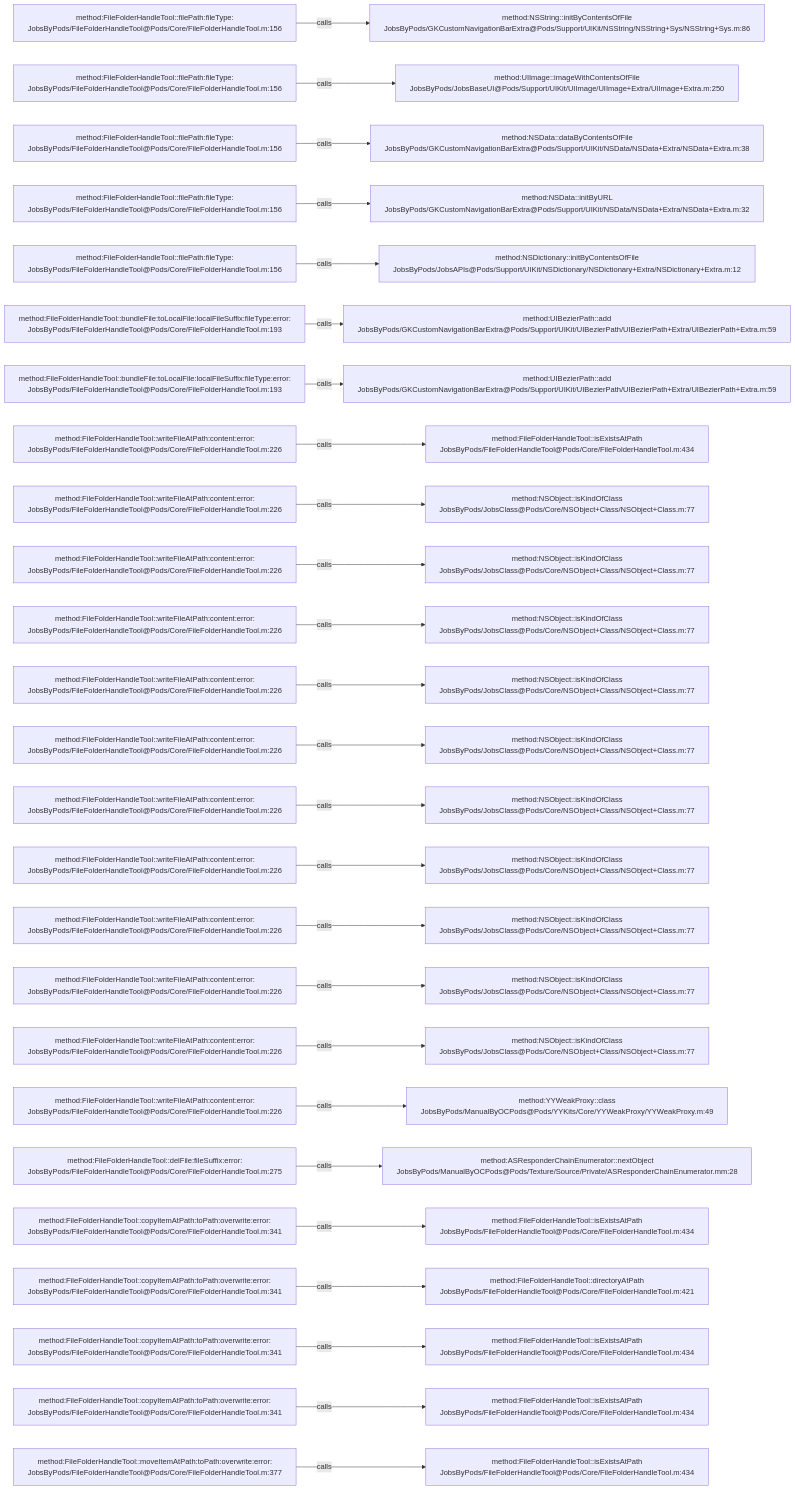
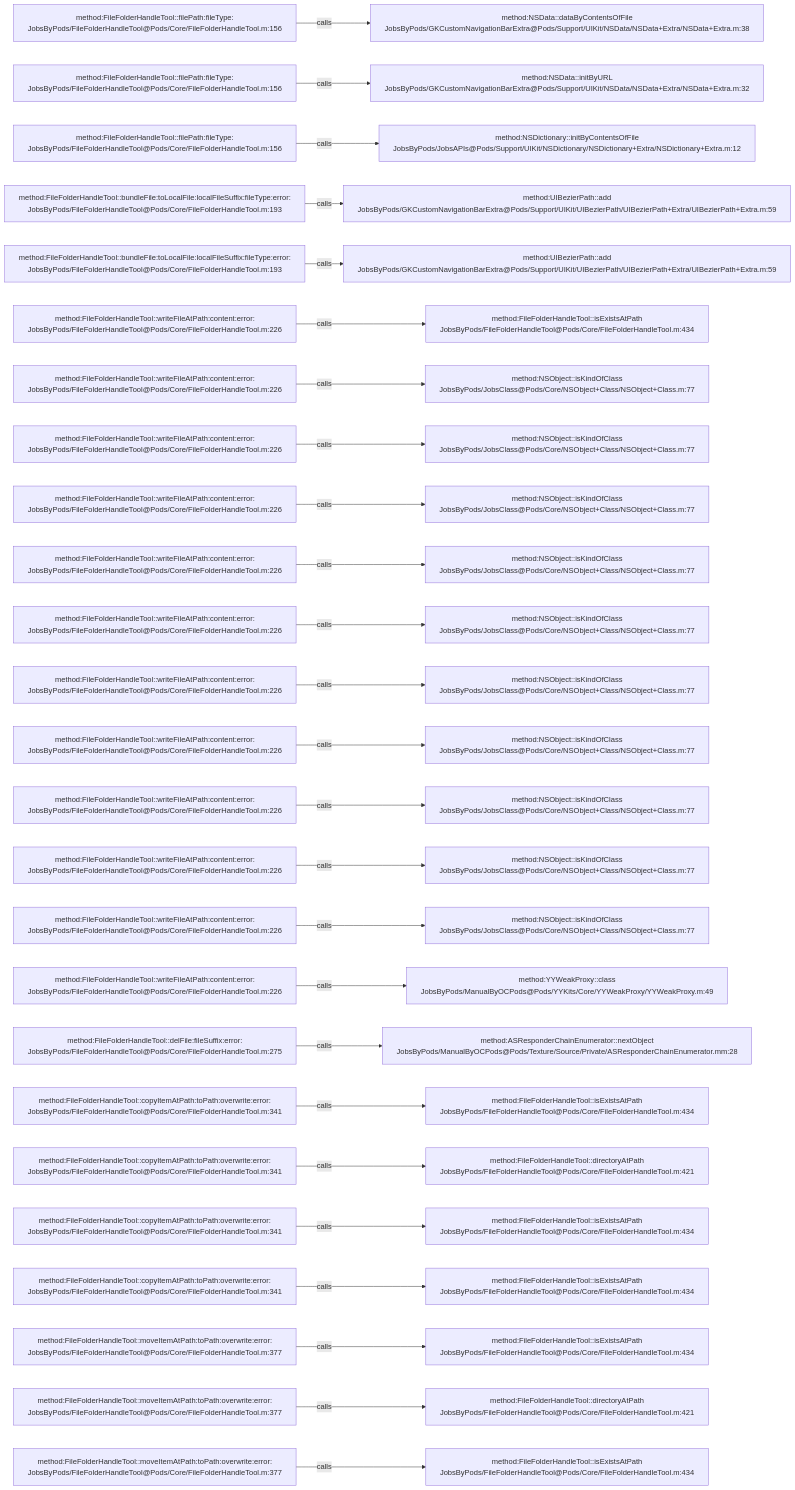
Before and after one commit to JobsKits/JobsOCBaseConfigDemo: the diagram in .codegraph/codegraph.md/graphs/calls-002.md, drawn with Mermaid. The commit also changed 1026 other files, not shown here.

````diff
--- a/.codegraph/codegraph.md/graphs/calls-002.md
+++ b/.codegraph/codegraph.md/graphs/calls-002.md
@@ -13,78 +13,78 @@
 ```mermaid
 flowchart LR
   S1["method:FileFolderHandleTool::filePath:fileType:<br/>JobsByPods/FileFolderHandleTool@Pods/Core/FileFolderHandleTool.m:156"]
-  T1["method:NSString::initByContentsOfFile<br/>JobsByPods/GKCustomNavigationBarExtra@Pods/Support/UIKit/NSString/NSString+Sys/NSString+Sys.m:86"]
+  T1["method:NSData::dataByContentsOfFile<br/>JobsByPods/GKCustomNavigationBarExtra@Pods/Support/UIKit/NSData/NSData+Extra/NSData+Extra.m:38"]
   S1 -->|calls| T1
   S2["method:FileFolderHandleTool::filePath:fileType:<br/>JobsByPods/FileFolderHandleTool@Pods/Core/FileFolderHandleTool.m:156"]
-  T2["method:UIImage::imageWithContentsOfFile<br/>JobsByPods/JobsBaseUI@Pods/Support/UIKit/UIImage/UIImage+Extra/UIImage+Extra.m:250"]
+  T2["method:NSData::initByURL<br/>JobsByPods/GKCustomNavigationBarExtra@Pods/Support/UIKit/NSData/NSData+Extra/NSData+Extra.m:32"]
   S2 -->|calls| T2
   S3["method:FileFolderHandleTool::filePath:fileType:<br/>JobsByPods/FileFolderHandleTool@Pods/Core/FileFolderHandleTool.m:156"]
-  T3["method:NSData::dataByContentsOfFile<br/>JobsByPods/GKCustomNavigationBarExtra@Pods/Support/UIKit/NSData/NSData+Extra/NSData+Extra.m:38"]
+  T3["method:NSDictionary::initByContentsOfFile<br/>JobsByPods/JobsAPIs@Pods/Support/UIKit/NSDictionary/NSDictionary+Extra/NSDictionary+Extra.m:12"]
   S3 -->|calls| T3
-  S4["method:FileFolderHandleTool::filePath:fileType:<br/>JobsByPods/FileFolderHandleTool@Pods/Core/FileFolderHandleTool.m:156"]
-  T4["method:NSData::initByURL<br/>JobsByPods/GKCustomNavigationBarExtra@Pods/Support/UIKit/NSData/NSData+Extra/NSData+Extra.m:32"]
+  S4["method:FileFolderHandleTool::bundleFile:toLocalFile:localFileSuffix:fileType:error:<br/>JobsByPods/FileFolderHandleTool@Pods/Core/FileFolderHandleTool.m:193"]
+  T4["method:UIBezierPath::add<br/>JobsByPods/GKCustomNavigationBarExtra@Pods/Support/UIKit/UIBezierPath/UIBezierPath+Extra/UIBezierPath+Extra.m:59"]
   S4 -->|calls| T4
-  S5["method:FileFolderHandleTool::filePath:fileType:<br/>JobsByPods/FileFolderHandleTool@Pods/Core/FileFolderHandleTool.m:156"]
-  T5["method:NSDictionary::initByContentsOfFile<br/>JobsByPods/JobsAPIs@Pods/Support/UIKit/NSDictionary/NSDictionary+Extra/NSDictionary+Extra.m:12"]
+  S5["method:FileFolderHandleTool::bundleFile:toLocalFile:localFileSuffix:fileType:error:<br/>JobsByPods/FileFolderHandleTool@Pods/Core/FileFolderHandleTool.m:193"]
+  T5["method:UIBezierPath::add<br/>JobsByPods/GKCustomNavigationBarExtra@Pods/Support/UIKit/UIBezierPath/UIBezierPath+Extra/UIBezierPath+Extra.m:59"]
   S5 -->|calls| T5
-  S6["method:FileFolderHandleTool::bundleFile:toLocalFile:localFileSuffix:fileType:error:<br/>JobsByPods/FileFolderHandleTool@Pods/Core/FileFolderHandleTool.m:193"]
-  T6["method:UIBezierPath::add<br/>JobsByPods/GKCustomNavigationBarExtra@Pods/Support/UIKit/UIBezierPath/UIBezierPath+Extra/UIBezierPath+Extra.m:59"]
+  S6["method:FileFolderHandleTool::writeFileAtPath:content:error:<br/>JobsByPods/FileFolderHandleTool@Pods/Core/FileFolderHandleTool.m:226"]
+  T6["method:FileFolderHandleTool::isExistsAtPath<br/>JobsByPods/FileFolderHandleTool@Pods/Core/FileFolderHandleTool.m:434"]
   S6 -->|calls| T6
-  S7["method:FileFolderHandleTool::bundleFile:toLocalFile:localFileSuffix:fileType:error:<br/>JobsByPods/FileFolderHandleTool@Pods/Core/FileFolderHandleTool.m:193"]
-  T7["method:UIBezierPath::add<br/>JobsByPods/GKCustomNavigationBarExtra@Pods/Support/UIKit/UIBezierPath/UIBezierPath+Extra/UIBezierPath+Extra.m:59"]
+  S7["method:FileFolderHandleTool::writeFileAtPath:content:error:<br/>JobsByPods/FileFolderHandleTool@Pods/Core/FileFolderHandleTool.m:226"]
+  T7["method:NSObject::isKindOfClass<br/>JobsByPods/JobsClass@Pods/Core/NSObject+Class/NSObject+Class.m:77"]
   S7 -->|calls| T7
   S8["method:FileFolderHandleTool::writeFileAtPath:content:error:<br/>JobsByPods/FileFolderHandleTool@Pods/Core/FileFolderHandleTool.m:226"]
-  T8["method:FileFolderHandleTool::isExistsAtPath<br/>JobsByPods/FileFolderHandleTool@Pods/Core/FileFolderHandleTool.m:434"]
+  T8["method:NSObject::isKindOfClass<br/>JobsByPods/JobsClass@Pods/Core/NSObject+Class/NSObject+Class.m:77"]
   S8 -->|calls| T8
   S9["method:FileFolderHandleTool::writeFileAtPath:content:error:<br/>JobsByPods/FileFolderHandleTool@Pods/Core/FileFolderHandleTool.m:226"]
   T9["method:NSObject::isKindOfClass<br/>JobsByPods/JobsClass@Pods/Core/NSObject+Class/NSObject+Class.m:77"]
   S9 -->|calls| T9
   S10["method:FileFolderHandleTool::writeFileAtPath:content:error:<br/>JobsByPods/FileFolderHandleTool@Pods/Core/FileFolderHandleTool.m:226"]
   T10["method:NSObject::isKindOfClass<br/>JobsByPods/JobsClass@Pods/Core/NSObject+Class/NSObject+Class.m:77"]
   S10 -->|calls| T10
   S11["method:FileFolderHandleTool::writeFileAtPath:content:error:<br/>JobsByPods/FileFolderHandleTool@Pods/Core/FileFolderHandleTool.m:226"]
   T11["method:NSObject::isKindOfClass<br/>JobsByPods/JobsClass@Pods/Core/NSObject+Class/NSObject+Class.m:77"]
   S11 -->|calls| T11
   S12["method:FileFolderHandleTool::writeFileAtPath:content:error:<br/>JobsByPods/FileFolderHandleTool@Pods/Core/FileFolderHandleTool.m:226"]
   T12["method:NSObject::isKindOfClass<br/>JobsByPods/JobsClass@Pods/Core/NSObject+Class/NSObject+Class.m:77"]
   S12 -->|calls| T12
   S13["method:FileFolderHandleTool::writeFileAtPath:content:error:<br/>JobsByPods/FileFolderHandleTool@Pods/Core/FileFolderHandleTool.m:226"]
   T13["method:NSObject::isKindOfClass<br/>JobsByPods/JobsClass@Pods/Core/NSObject+Class/NSObject+Class.m:77"]
   S13 -->|calls| T13
   S14["method:FileFolderHandleTool::writeFileAtPath:content:error:<br/>JobsByPods/FileFolderHandleTool@Pods/Core/FileFolderHandleTool.m:226"]
   T14["method:NSObject::isKindOfClass<br/>JobsByPods/JobsClass@Pods/Core/NSObject+Class/NSObject+Class.m:77"]
   S14 -->|calls| T14
   S15["method:FileFolderHandleTool::writeFileAtPath:content:error:<br/>JobsByPods/FileFolderHandleTool@Pods/Core/FileFolderHandleTool.m:226"]
   T15["method:NSObject::isKindOfClass<br/>JobsByPods/JobsClass@Pods/Core/NSObject+Class/NSObject+Class.m:77"]
   S15 -->|calls| T15
   S16["method:FileFolderHandleTool::writeFileAtPath:content:error:<br/>JobsByPods/FileFolderHandleTool@Pods/Core/FileFolderHandleTool.m:226"]
   T16["method:NSObject::isKindOfClass<br/>JobsByPods/JobsClass@Pods/Core/NSObject+Class/NSObject+Class.m:77"]
   S16 -->|calls| T16
   S17["method:FileFolderHandleTool::writeFileAtPath:content:error:<br/>JobsByPods/FileFolderHandleTool@Pods/Core/FileFolderHandleTool.m:226"]
-  T17["method:NSObject::isKindOfClass<br/>JobsByPods/JobsClass@Pods/Core/NSObject+Class/NSObject+Class.m:77"]
+  T17["method:YYWeakProxy::class<br/>JobsByPods/ManualByOCPods@Pods/YYKits/Core/YYWeakProxy/YYWeakProxy.m:49"]
   S17 -->|calls| T17
-  S18["method:FileFolderHandleTool::writeFileAtPath:content:error:<br/>JobsByPods/FileFolderHandleTool@Pods/Core/FileFolderHandleTool.m:226"]
-  T18["method:NSObject::isKindOfClass<br/>JobsByPods/JobsClass@Pods/Core/NSObject+Class/NSObject+Class.m:77"]
+  S18["method:FileFolderHandleTool::delFile:fileSuffix:error:<br/>JobsByPods/FileFolderHandleTool@Pods/Core/FileFolderHandleTool.m:275"]
+  T18["method:ASResponderChainEnumerator::nextObject<br/>JobsByPods/ManualByOCPods@Pods/Texture/Source/Private/ASResponderChainEnumerator.mm:28"]
   S18 -->|calls| T18
-  S19["method:FileFolderHandleTool::writeFileAtPath:content:error:<br/>JobsByPods/FileFolderHandleTool@Pods/Core/FileFolderHandleTool.m:226"]
-  T19["method:YYWeakProxy::class<br/>JobsByPods/ManualByOCPods@Pods/YYKits/Core/YYWeakProxy/YYWeakProxy.m:49"]
+  S19["method:FileFolderHandleTool::copyItemAtPath:toPath:overwrite:error:<br/>JobsByPods/FileFolderHandleTool@Pods/Core/FileFolderHandleTool.m:341"]
+  T19["method:FileFolderHandleTool::isExistsAtPath<br/>JobsByPods/FileFolderHandleTool@Pods/Core/FileFolderHandleTool.m:434"]
   S19 -->|calls| T19
-  S20["method:FileFolderHandleTool::delFile:fileSuffix:error:<br/>JobsByPods/FileFolderHandleTool@Pods/Core/FileFolderHandleTool.m:275"]
-  T20["method:ASResponderChainEnumerator::nextObject<br/>JobsByPods/ManualByOCPods@Pods/Texture/Source/Private/ASResponderChainEnumerator.mm:28"]
+  S20["method:FileFolderHandleTool::copyItemAtPath:toPath:overwrite:error:<br/>JobsByPods/FileFolderHandleTool@Pods/Core/FileFolderHandleTool.m:341"]
+  T20["method:FileFolderHandleTool::directoryAtPath<br/>JobsByPods/FileFolderHandleTool@Pods/Core/FileFolderHandleTool.m:421"]
   S20 -->|calls| T20
   S21["method:FileFolderHandleTool::copyItemAtPath:toPath:overwrite:error:<br/>JobsByPods/FileFolderHandleTool@Pods/Core/FileFolderHandleTool.m:341"]
   T21["method:FileFolderHandleTool::isExistsAtPath<br/>JobsByPods/FileFolderHandleTool@Pods/Core/FileFolderHandleTool.m:434"]
   S21 -->|calls| T21
   S22["method:FileFolderHandleTool::copyItemAtPath:toPath:overwrite:error:<br/>JobsByPods/FileFolderHandleTool@Pods/Core/FileFolderHandleTool.m:341"]
-  T22["method:FileFolderHandleTool::directoryAtPath<br/>JobsByPods/FileFolderHandleTool@Pods/Core/FileFolderHandleTool.m:421"]
+  T22["method:FileFolderHandleTool::isExistsAtPath<br/>JobsByPods/FileFolderHandleTool@Pods/Core/FileFolderHandleTool.m:434"]
   S22 -->|calls| T22
-  S23["method:FileFolderHandleTool::copyItemAtPath:toPath:overwrite:error:<br/>JobsByPods/FileFolderHandleTool@Pods/Core/FileFolderHandleTool.m:341"]
+  S23["method:FileFolderHandleTool::moveItemAtPath:toPath:overwrite:error:<br/>JobsByPods/FileFolderHandleTool@Pods/Core/FileFolderHandleTool.m:377"]
   T23["method:FileFolderHandleTool::isExistsAtPath<br/>JobsByPods/FileFolderHandleTool@Pods/Core/FileFolderHandleTool.m:434"]
   S23 -->|calls| T23
-  S24["method:FileFolderHandleTool::copyItemAtPath:toPath:overwrite:error:<br/>JobsByPods/FileFolderHandleTool@Pods/Core/FileFolderHandleTool.m:341"]
-  T24["method:FileFolderHandleTool::isExistsAtPath<br/>JobsByPods/FileFolderHandleTool@Pods/Core/FileFolderHandleTool.m:434"]
+  S24["method:FileFolderHandleTool::moveItemAtPath:toPath:overwrite:error:<br/>JobsByPods/FileFolderHandleTool@Pods/Core/FileFolderHandleTool.m:377"]
+  T24["method:FileFolderHandleTool::directoryAtPath<br/>JobsByPods/FileFolderHandleTool@Pods/Core/FileFolderHandleTool.m:421"]
   S24 -->|calls| T24
   S25["method:FileFolderHandleTool::moveItemAtPath:toPath:overwrite:error:<br/>JobsByPods/FileFolderHandleTool@Pods/Core/FileFolderHandleTool.m:377"]
   T25["method:FileFolderHandleTool::isExistsAtPath<br/>JobsByPods/FileFolderHandleTool@Pods/Core/FileFolderHandleTool.m:434"]
   S25 -->|calls| T25
 ```
````
